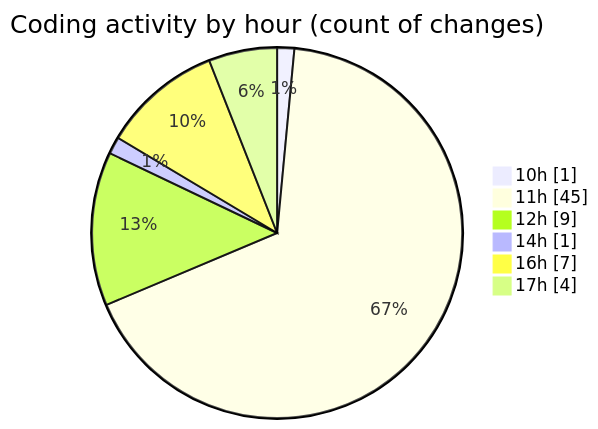
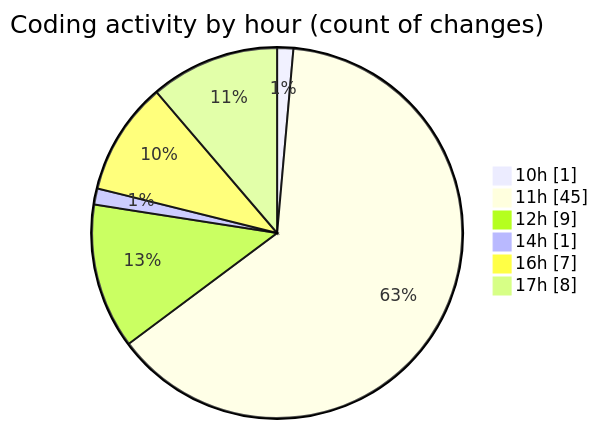
Before and after one commit to nxtqubesakshisongat/code-tracking: the second of 2 diagrams in 2025-08-03/nxtqube_webapp/README.md, drawn with Mermaid. The commit also changed other lines of this file and 1 other file, not shown here.

````diff
--- a/2025-08-03/nxtqube_webapp/README.md
+++ b/2025-08-03/nxtqube_webapp/README.md
@@ -39,10 +39,10 @@
 ```mermaid
 pie showData
 title Coding activity by hour (count of changes)
 "10h" : 1
 "11h" : 45
 "12h" : 9
 "14h" : 1
 "16h" : 7
-"17h" : 4
+"17h" : 8
 ```
````
